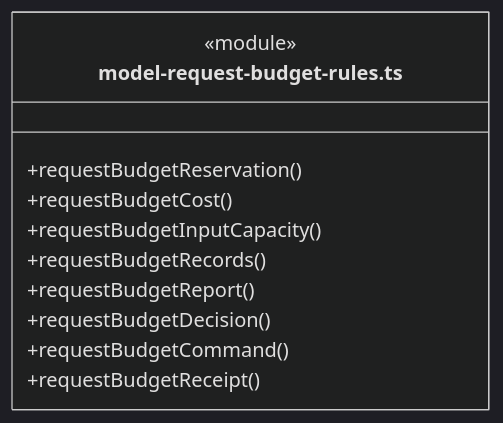
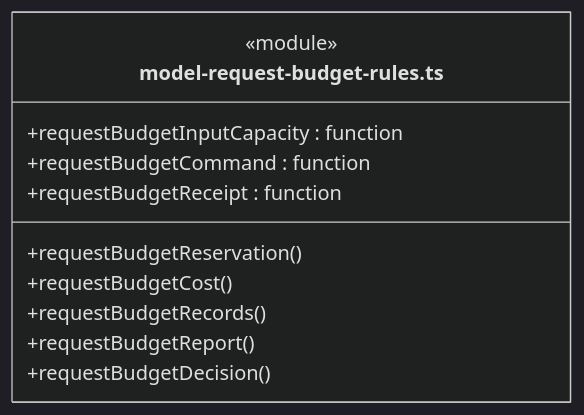
One commit to nan023062/cbim changed the second of 19 diagrams in src/logic/budget/rules/ARCHITECTURE.md. Above: the diagram before and after it, drawn with Mermaid (dark theme). The commit also changed other lines of this file and 137 other files, not shown here.

Commit message:
fix: align architecture generator with documentation standards

````diff
--- a/src/logic/budget/rules/ARCHITECTURE.md
+++ b/src/logic/budget/rules/ARCHITECTURE.md
@@ -98,14 +102,14 @@
 ```mermaid
 classDiagram
 class N_src_logic_budget_rules_model_request_budget_rules_ts["model-request-budget-rules.ts"] {
   <<module>>
   +requestBudgetReservation()
   +requestBudgetCost()
-  +requestBudgetInputCapacity()
   +requestBudgetRecords()
   +requestBudgetReport()
   +requestBudgetDecision()
-  +requestBudgetCommand()
-  +requestBudgetReceipt()
+  +requestBudgetInputCapacity : function
+  +requestBudgetCommand : function
+  +requestBudgetReceipt : function
 }
 ```
````
